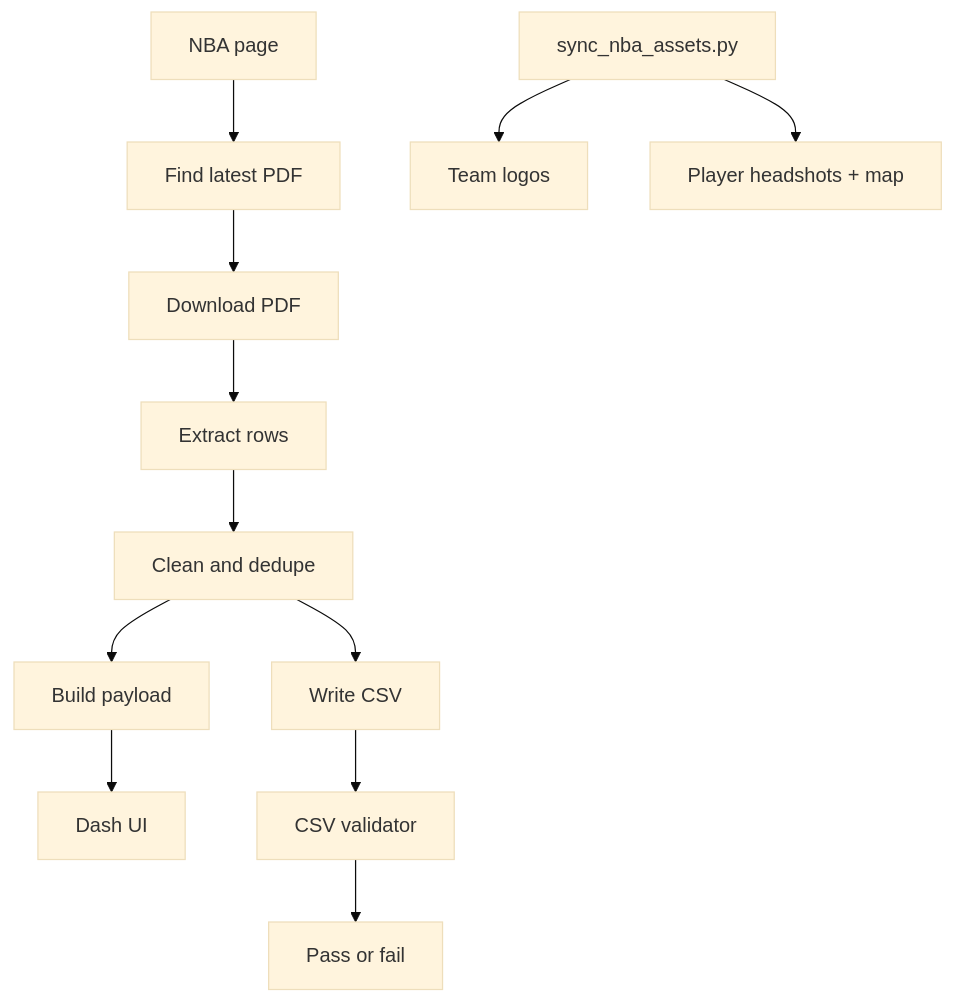
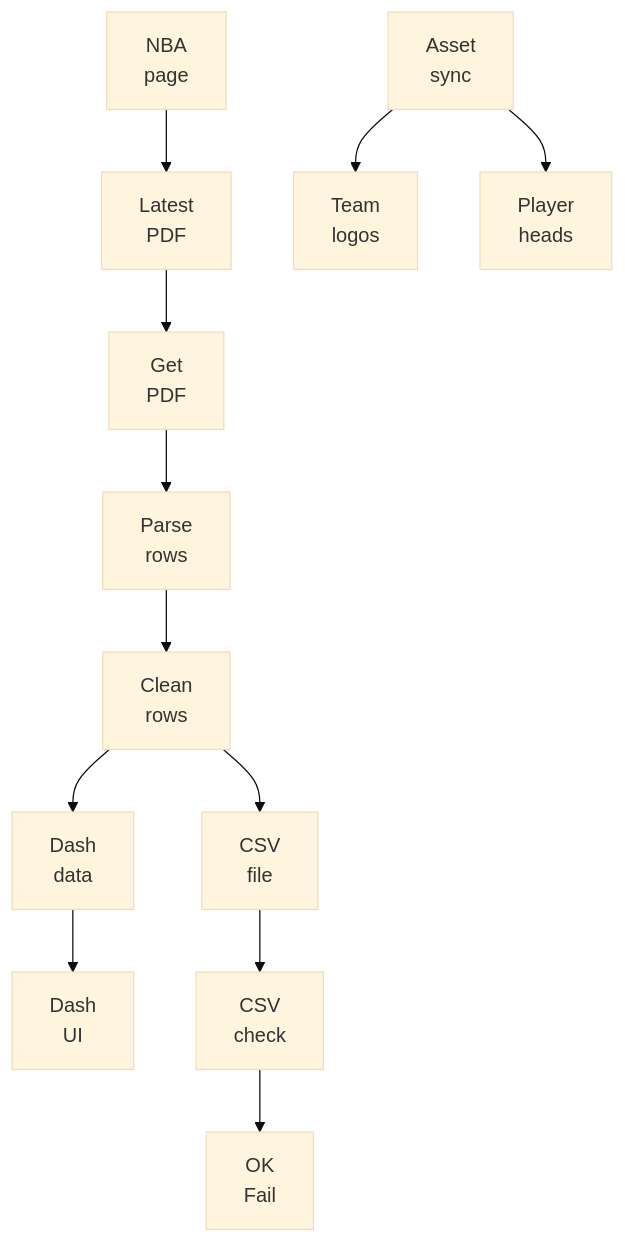
Before and after one commit to LucasB19/NBA-Injury-Report: the diagram in README.md, drawn with Mermaid (base theme).

Commit message:
Tighten Mermaid labels for better GitHub rendering

````diff
--- a/README.md
+++ b/README.md
@@ -20,16 +20,16 @@
 ```mermaid
 flowchart TD
-  A[NBA page] --> B[Find latest PDF]
-  B --> C[Download PDF]
-  C --> D[Extract rows]
-  D --> E[Clean and dedupe]
-  E --> F[Write CSV]
-  E --> G[Build payload]
-  G --> H[Dash UI]
+  A[NBA<br/>page] --> B[Latest<br/>PDF]
+  B --> C[Get<br/>PDF]
+  C --> D[Parse<br/>rows]
+  D --> E[Clean<br/>rows]
+  E --> F[CSV<br/>file]
+  E --> G[Dash<br/>data]
+  G --> H[Dash<br/>UI]
 
-  I[sync_nba_assets.py] --> J[Team logos]
-  I --> K[Player headshots + map]
+  I[Asset<br/>sync] --> J[Team<br/>logos]
+  I --> K[Player<br/>heads]
 
-  F --> L[CSV validator]
-  L --> M[Pass or fail]
+  F --> L[CSV<br/>check]
+  L --> M[OK<br/>Fail]
 ```
````
